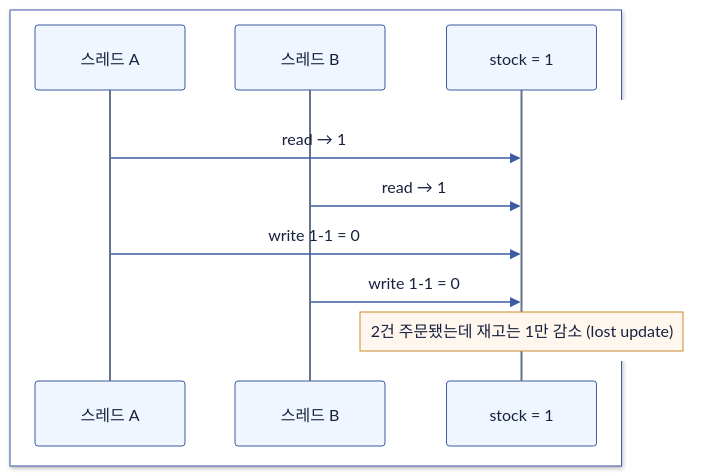
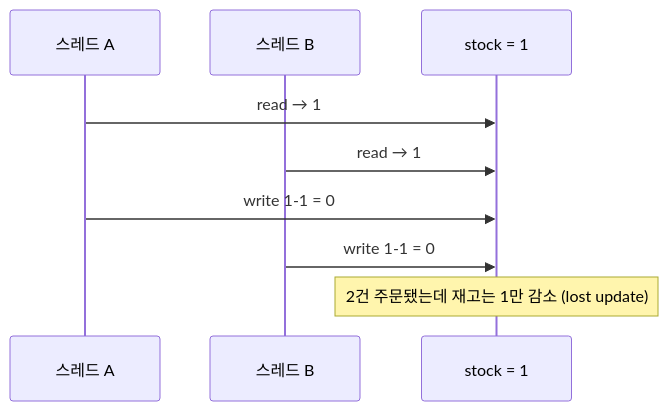
Before and after one commit to Hyune-s-lab/my-ai-study: the first of 3 diagrams in computer-science/2607-race-condition.md, drawn with Mermaid. The commit also changed other lines of this file and 49 other files, not shown here.

Commit message:
docs: 단순 다이어그램은 Mermaid로, 복잡한 배치는 SVG로 정리

````diff
--- a/computer-science/2607-race-condition.md
+++ b/computer-science/2607-race-condition.md
@@ -8,16 +8,11 @@
 ```mermaid
 sequenceDiagram
-%%{init: {"theme": "base", "darkMode": false, "themeVariables": {"background": "#ffffff", "primaryColor": "#EFF6FF", "primaryTextColor": "#16213E", "primaryBorderColor": "#3B5BA5", "secondaryColor": "#F0FDF4", "tertiaryColor": "#FAF5FF", "lineColor": "#3B5BA5", "textColor": "#16213E", "edgeLabelBackground": "#ffffff", "actorBkg": "#EFF6FF", "actorBorder": "#3B5BA5", "actorTextColor": "#16213E", "signalColor": "#3B5BA5", "signalTextColor": "#16213E", "noteBkgColor": "#FFF7ED", "noteBorderColor": "#C98A2B", "noteTextColor": "#16213E", "labelBoxBkgColor": "#EFF6FF", "labelTextColor": "#16213E", "loopTextColor": "#16213E", "actorLineColor": "#64748B", "labelBoxBorderColor": "#3B5BA5"}}}%%
-  box rgb(255, 255, 255)
-    participant A as 스레드 A
-    participant B as 스레드 B
-    participant S as stock = 1
-  end
-  rect rgb(255, 255, 255)
-    A->>S: read → 1
-    B->>S: read → 1
-    A->>S: write 1-1 = 0
-    B->>S: write 1-1 = 0
-    Note over S: 2건 주문됐는데 재고는 1만 감소 (lost update)
-  end
+  participant A as 스레드 A
+  participant B as 스레드 B
+  participant S as stock = 1
+  A->>S: read → 1
+  B->>S: read → 1
+  A->>S: write 1-1 = 0
+  B->>S: write 1-1 = 0
+  Note over S: 2건 주문됐는데 재고는 1만 감소 (lost update)
 ```
````
